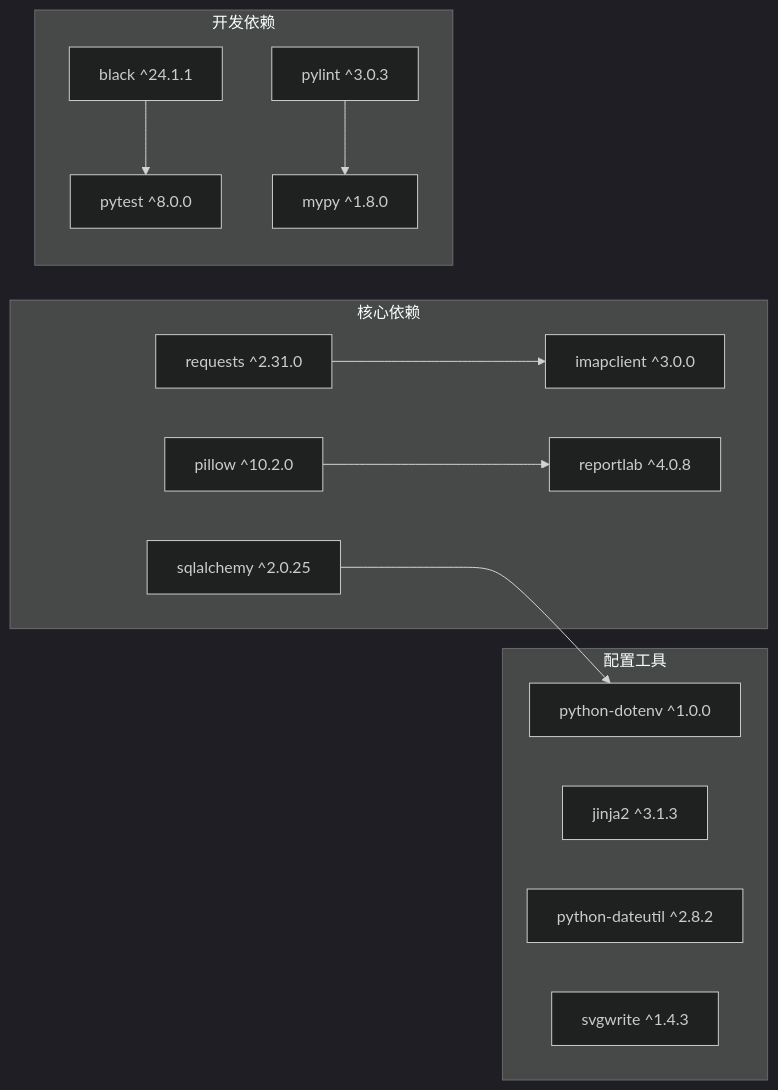
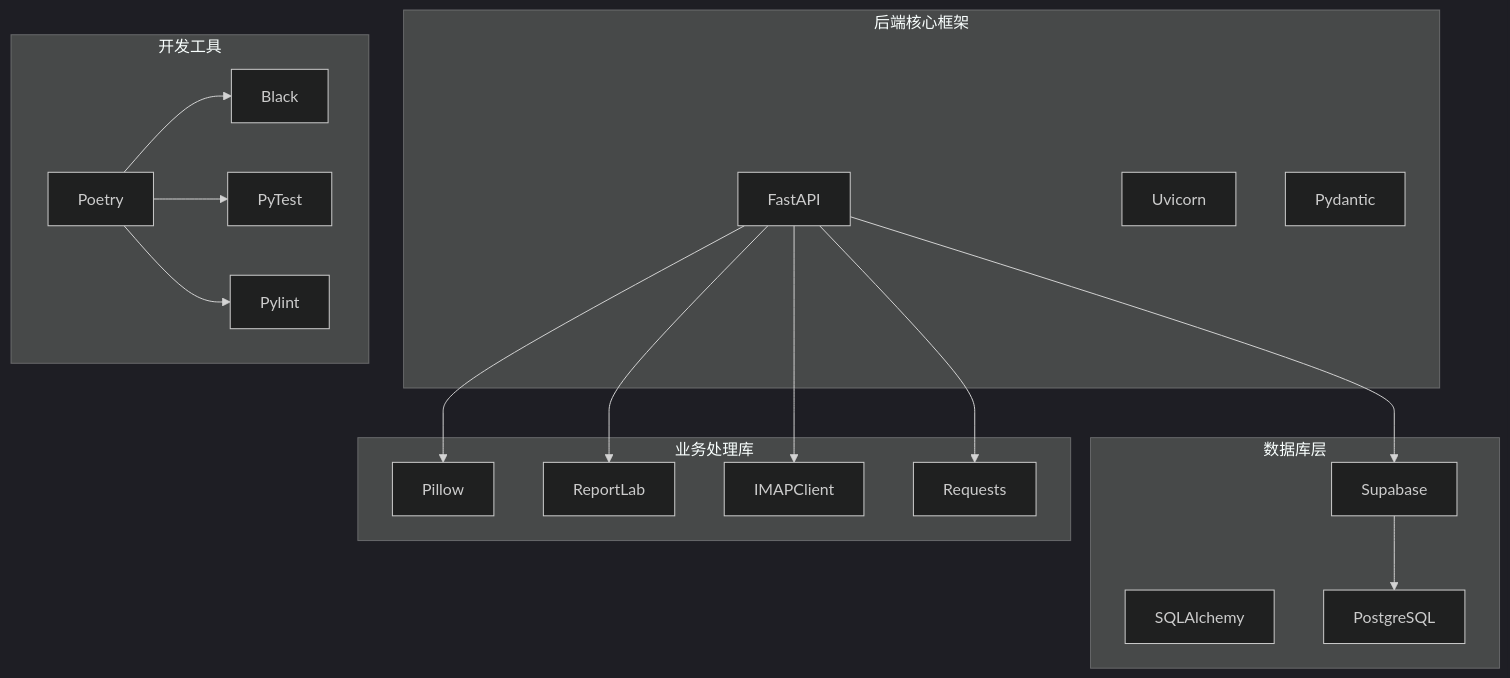
Before and after one commit to SY6621/POD-Order-Management: the seventh of 13 diagrams in .qoder/repowiki/zh/content/项目概述.md, drawn with Mermaid (dark theme). The commit also changed other lines of this file and 98 other files, not shown here.

````diff
--- a/.qoder/repowiki/zh/content/项目概述.md
+++ b/.qoder/repowiki/zh/content/项目概述.md
@@ -271,27 +301,34 @@
 ```mermaid
-graph LR
-subgraph "核心依赖"
-Requests[requests ^2.31.0]
-IMAPClient[imapclient ^3.0.0]
-Pillow[pillow ^10.2.0]
-ReportLab[reportlab ^4.0.8]
-SQLAlchemy[sqlalchemy ^2.0.25]
+graph TB
+subgraph "后端核心框架"
+FastAPI[FastAPI]
+Uvicorn[Uvicorn]
+Pydantic[Pydantic]
 end
-subgraph "开发依赖"
-Black[black ^24.1.1]
-PyTest[pytest ^8.0.0]
-Pylint[pylint ^3.0.3]
-MyPy[mypy ^1.8.0]
+subgraph "数据库层"
+Supabase[Supabase]
+SQLAlchemy[SQLAlchemy]
+Postgres[PostgreSQL]
 end
-subgraph "配置工具"
-DotEnv[python-dotenv ^1.0.0]
-Jinja2[jinja2 ^3.1.3]
-DateUtil[python-dateutil ^2.8.2]
-SVGWrite[svgwrite ^1.4.3]
+subgraph "业务处理库"
+Pillow[Pillow]
+ReportLab[ReportLab]
+IMAPClient[IMAPClient]
+Requests[Requests]
 end
-Requests --> IMAPClient
-Pillow --> ReportLab
-SQLAlchemy --> DotEnv
-Black --> PyTest
-Pylint --> MyPy
+subgraph "开发工具"
+Poetry[Poetry]
+Black[Black]
+PyTest[PyTest]
+Pylint[Pylint]
+end
+FastAPI --> Supabase
+FastAPI --> Pillow
+FastAPI --> ReportLab
+FastAPI --> IMAPClient
+FastAPI --> Requests
+Supabase --> Postgres
+Poetry --> Black
+Poetry --> PyTest
+Poetry --> Pylint
 ```
````
